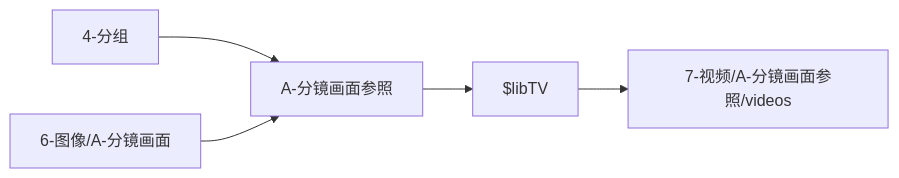
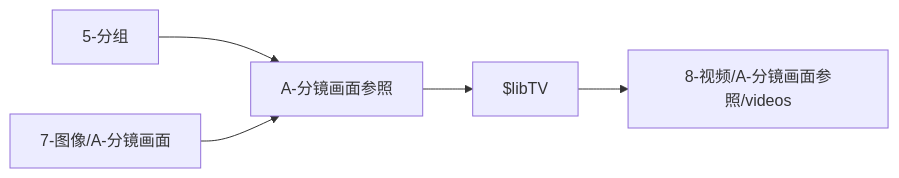
The diagram in .agents/skills/aigc/backup/A-分镜画面参照/README.md (ZEN-VOID/AI-CUT), drawn with Mermaid before and after one commit. The commit also changed other lines of this file and 1070 other files, not shown here.

````diff
--- a/.agents/skills/aigc/backup/A-分镜画面参照/README.md
+++ b/.agents/skills/aigc/backup/A-分镜画面参照/README.md
@@ -32,7 +32,7 @@
 ```mermaid
 flowchart LR
-    A["4-分组"] --> B["A-分镜画面参照"]
-    C["6-图像/A-分镜画面"] --> B
+    A["5-分组"] --> B["A-分镜画面参照"]
+    C["7-图像/A-分镜画面"] --> B
     B --> D["$libTV"]
-    D --> E["7-视频/A-分镜画面参照/videos"]
+    D --> E["8-视频/A-分镜画面参照/videos"]
 ```
````
